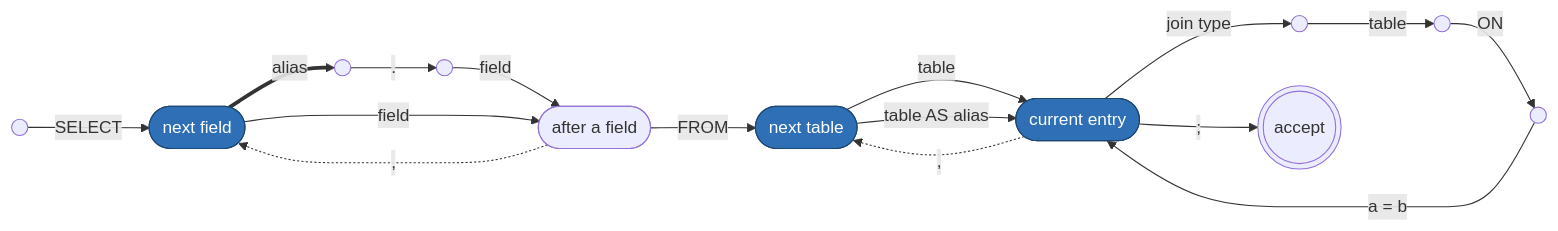
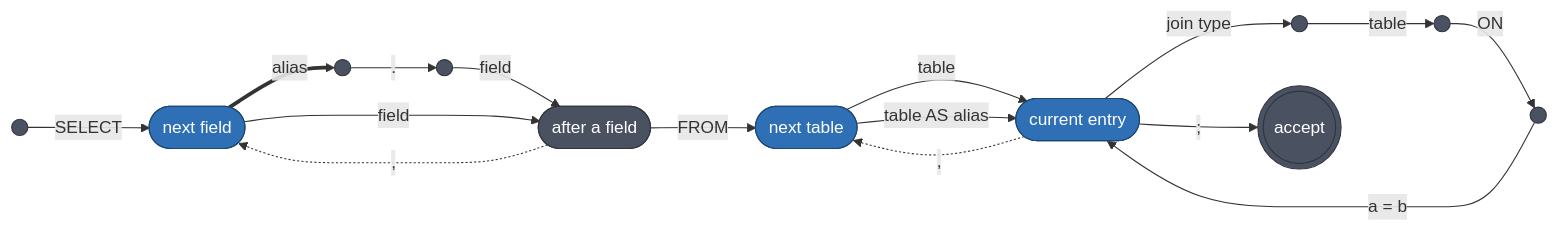
One commit to pinting/oraculum changed the second of 2 diagrams in README.md. Above: the diagram before and after it, drawn with Mermaid. The commit also changed other lines of this file, not shown here.

Commit message:
Updated README's graph styling

````diff
--- a/README.md
+++ b/README.md
@@ -180,26 +182,28 @@
 ```mermaid
 graph LR
     q0(( )) -->|SELECT| ref
 
     ref(["next field"]) ==>|alias| q1(( ))
     q1 -->|"."| q2(( ))
     q2 -->|field| more(["after a field"])
     ref -->|field| more
 
     more -.->|","| ref
     more -->|FROM| entry
 
     entry(["next table"]) -->|table| head(["current entry"])
     entry -->|"table AS alias"| head
 
     head -->|"join type"| j1(( ))
     j1 -->|table| j2(( ))
     j2 -->|ON| j3(( ))
     j3 -->|"a = b"| head
 
     head -.->|","| entry
     head -->|";"| accept(((accept)))
 
-    classDef latent fill:#2f6fb5,stroke:#1b4670,color:#ffffff
-    class ref,entry,head latent
+    classDef plain fill:#4a5160,stroke:#2f343f,color:#ffffff
+    classDef accent fill:#2f6fb5,stroke:#1b4670,color:#ffffff
+    class q0,q1,q2,more,j1,j2,j3,accept plain
+    class ref,entry,head accent
 ```
````
